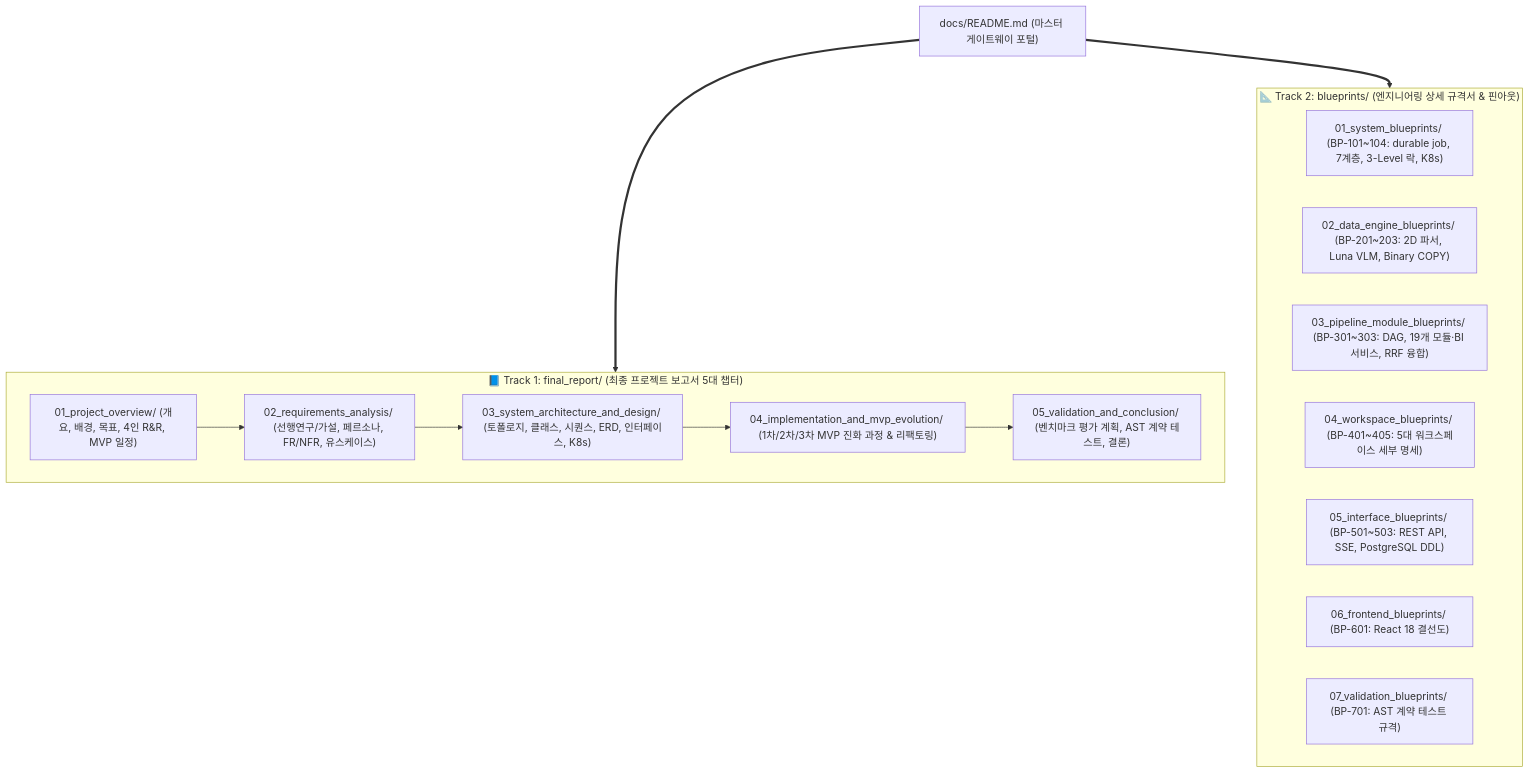
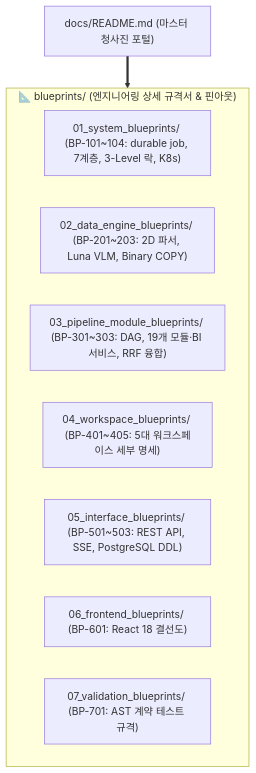
The diagram in docs/README.md (bist-mini-final/bist-mini-final), drawn with Mermaid before and after one commit. The commit also changed other lines of this file and 24 other files, not shown here.

````diff
--- a/docs/README.md
+++ b/docs/README.md
@@ -13,26 +13,16 @@
 ```mermaid
 flowchart TD
-    ROOT["docs/README.md (마스터 게이트웨이 포털)"]
+    ROOT["docs/README.md (마스터 청사진 포털)"]
 
-    subgraph ReportTrack ["📘 Track 1: final_report/ (최종 프로젝트 보고서 5대 챕터)"]
-        R1["01_project_overview/ (개요, 배경, 목표, 4인 R&R, MVP 일정)"]
-        R2["02_requirements_analysis/ (선행연구/가설, 페르소나, FR/NFR, 유스케이스)"]
-        R3["03_system_architecture_and_design/ (토폴로지, 클래스, 시퀀스, ERD, 인터페이스, K8s)"]
-        R4["04_implementation_and_mvp_evolution/ (1차/2차/3차 MVP 진화 과정 & 리팩토링)"]
-        R5["05_validation_and_conclusion/ (벤치마크 평가 계획, AST 계약 테스트, 결론)"]
-        R1 --> R2 --> R3 --> R4 --> R5
-    end
-
-    subgraph BlueprintTrack ["📐 Track 2: blueprints/ (엔지니어링 상세 규격서 & 핀아웃)"]
+    subgraph BlueprintTrack ["📐 blueprints/ (엔지니어링 상세 규격서 & 핀아웃)"]
         B1["01_system_blueprints/ (BP-101~104: durable job, 7계층, 3-Level 락, K8s)"]
         B2["02_data_engine_blueprints/ (BP-201~203: 2D 파서, Luna VLM, Binary COPY)"]
         B3["03_pipeline_module_blueprints/ (BP-301~303: DAG, 19개 모듈·BI 서비스, RRF 융합)"]
         B4["04_workspace_blueprints/ (BP-401~405: 5대 워크스페이스 세부 명세)"]
         B5["05_interface_blueprints/ (BP-501~503: REST API, SSE, PostgreSQL DDL)"]
         B6["06_frontend_blueprints/ (BP-601: React 18 결선도)"]
         B7["07_validation_blueprints/ (BP-701: AST 계약 테스트 규격)"]
     end
 
-    ROOT ==> ReportTrack
     ROOT ==> BlueprintTrack
 ```
````
